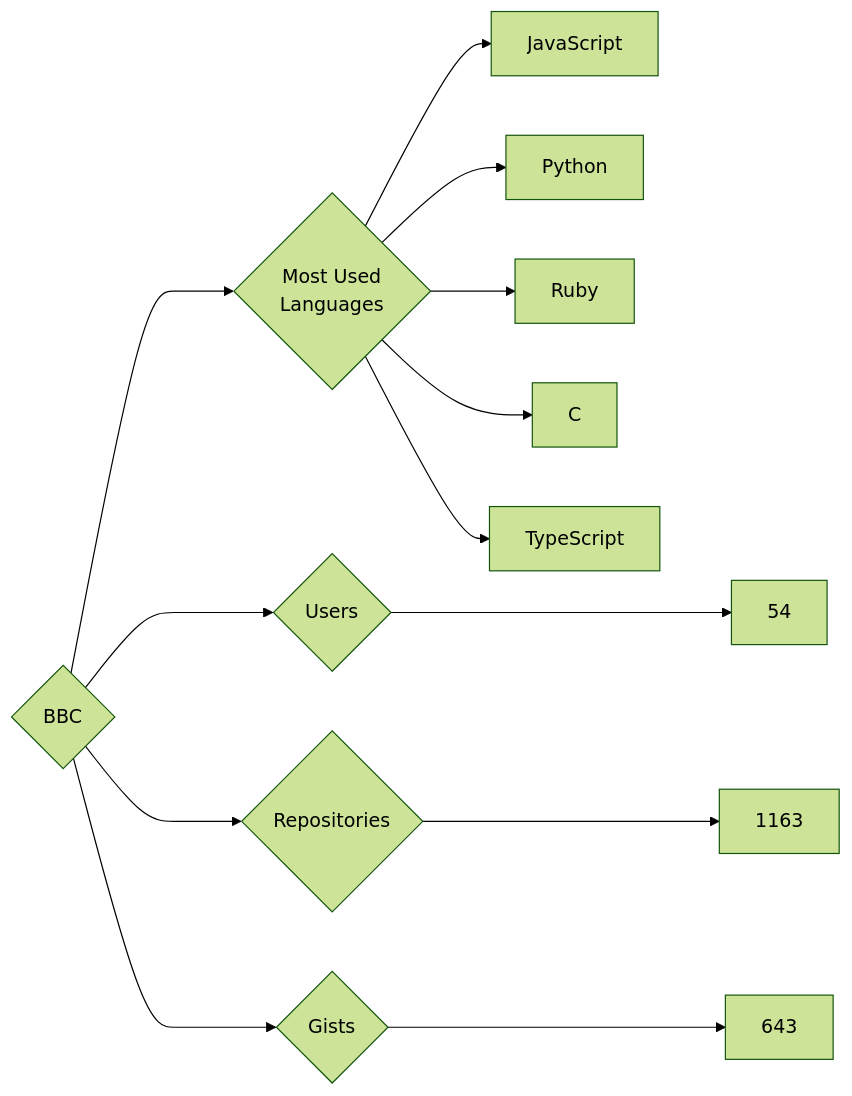
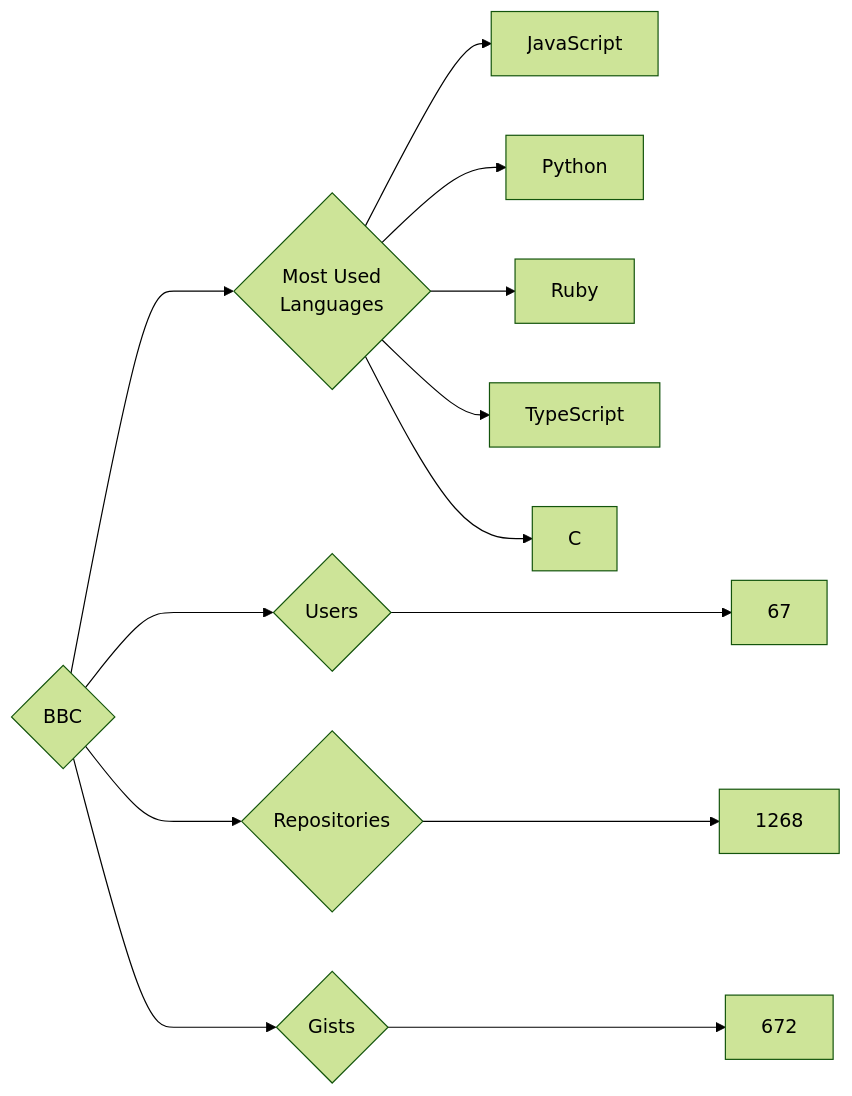
The diagram in targets/BBC/README.md (trickest/insiders), drawn with Mermaid (forest theme) before and after one commit. The commit also changed 681 other files, not shown here.

````diff
--- a/targets/BBC/README.md
+++ b/targets/BBC/README.md
@@ -3,13 +3,13 @@
 ```mermaid
 graph LR
 COMPANY_NAME{BBC}
-COMPANY_NAME ---> U{Users} ---> UN[54]
-COMPANY_NAME ---> R{Repositories} ---> RN[1163]
-COMPANY_NAME ---> G{Gists} ---> GN[643]
+COMPANY_NAME ---> U{Users} ---> UN[67]
+COMPANY_NAME ---> R{Repositories} ---> RN[1268]
+COMPANY_NAME ---> G{Gists} ---> GN[672]
 COMPANY_NAME ---> ML{Most Used<br>Languages}
 ML --> JavaScript[JavaScript]
 ML --> Python[Python]
 ML --> Ruby[Ruby]
+ML --> TypeScript[TypeScript]
 ML --> C[C]
-ML --> TypeScript[TypeScript]
 ```
````
